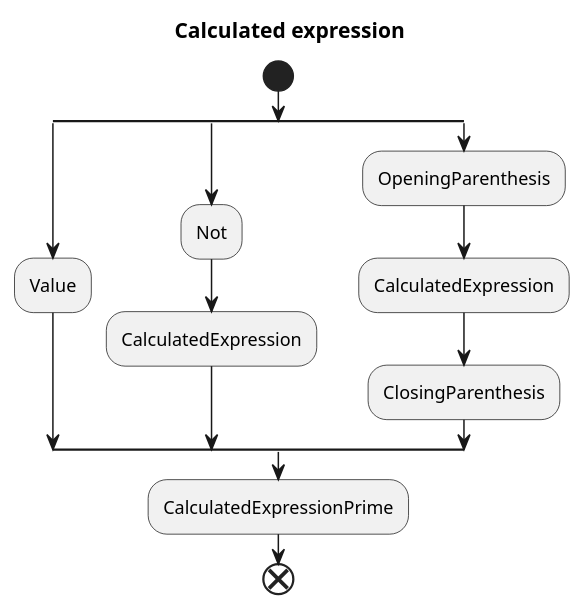
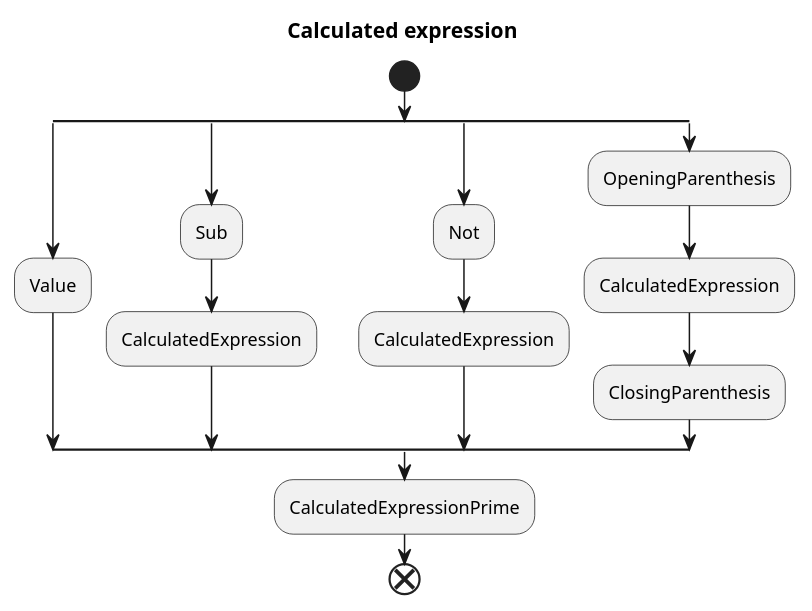
Before and after one commit to lichterberci/rust_learning: diagram 12 of 13 in dbms/query_lang_compiler_notes.md, drawn with PlantUML. The commit also changed other lines of this file and 2 other files, not shown here.

````diff
--- a/dbms/query_lang_compiler_notes.md
+++ b/dbms/query_lang_compiler_notes.md
@@ -335,16 +328,19 @@
 ```plantuml
 title Calculated expression
 start
 split
 :Value;
+split again
+:Sub;
+:CalculatedExpression;
 split again
 :Not;
 :CalculatedExpression;
 split again
 :OpeningParenthesis;
 :CalculatedExpression;
 :ClosingParenthesis;
 end split
 :CalculatedExpressionPrime;
 end
 ```
````
